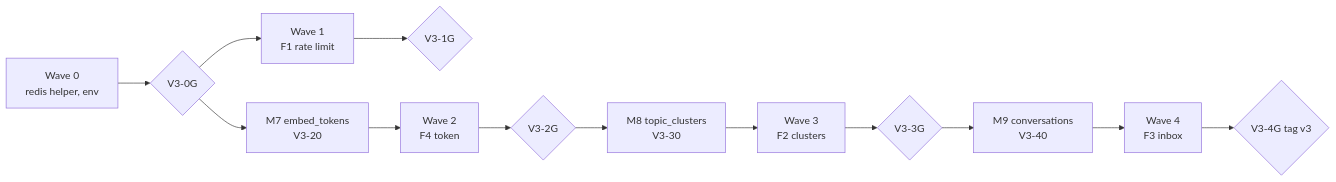
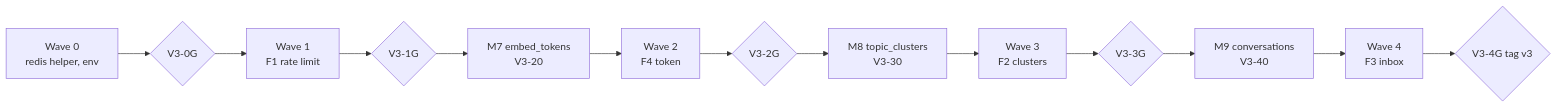
The diagram in plans/PLAN_V3.md (up5tech/site-gpt), drawn with Mermaid before and after one commit. The commit also changed other lines of this file, not shown here.

````diff
--- a/plans/PLAN_V3.md
+++ b/plans/PLAN_V3.md
@@ -473,8 +554,8 @@
 ```mermaid
 graph LR
   W0[Wave 0<br/>redis helper, env] --> G0{V3-0G}
   G0 --> W1[Wave 1<br/>F1 rate limit] --> G1{V3-1G}
-  G0 --> M7[M7 embed_tokens<br/>V3-20] --> W2[Wave 2<br/>F4 token] --> G2{V3-2G}
+  G1 --> M7[M7 embed_tokens<br/>V3-20] --> W2[Wave 2<br/>F4 token] --> G2{V3-2G}
   G2 --> M8[M8 topic_clusters<br/>V3-30] --> W3[Wave 3<br/>F2 clusters] --> G3{V3-3G}
   G3 --> M9[M9 conversations<br/>V3-40] --> W4[Wave 4<br/>F3 inbox] --> G4{V3-4G tag v3}
 ```
````
